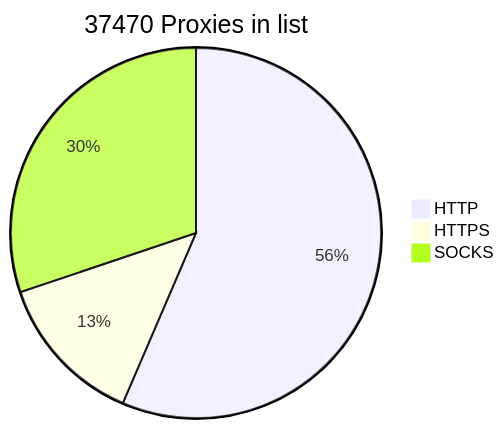
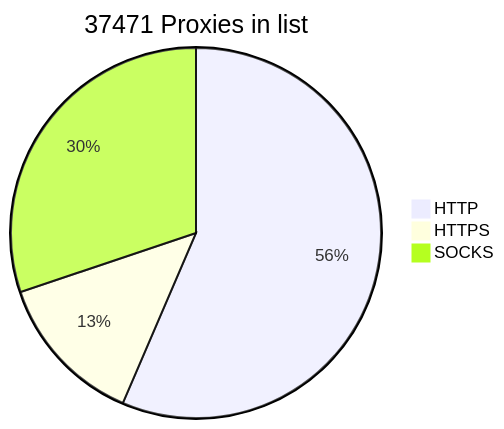
The diagram in README.md (BlackSnowDot/proxylist-update-every-minute), drawn with Mermaid before and after one commit.

````diff
--- a/README.md
+++ b/README.md
@@ -2,6 +2,6 @@
 ```mermaid
-pie title 37470 Proxies in list
-    "HTTP" : 23545
-    "HTTPS": 5576
+pie title 37471 Proxies in list
+    "HTTP" : 23547
+    "HTTPS": 5577
     "SOCKS" : 12579
 ```
````
